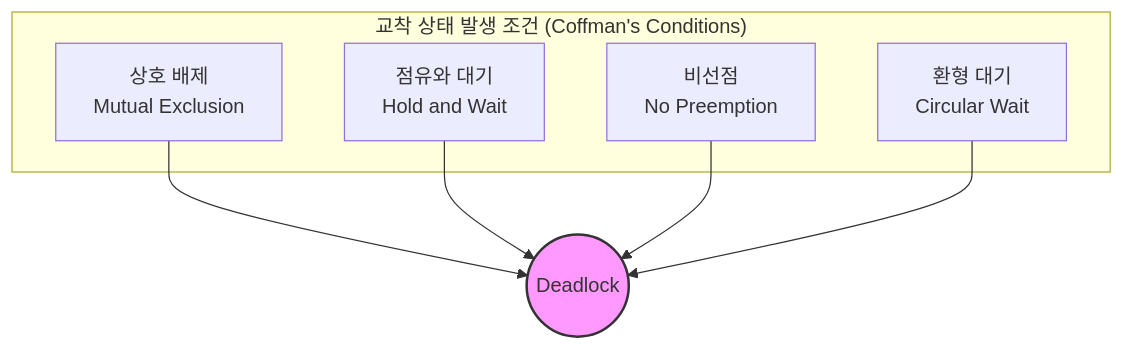
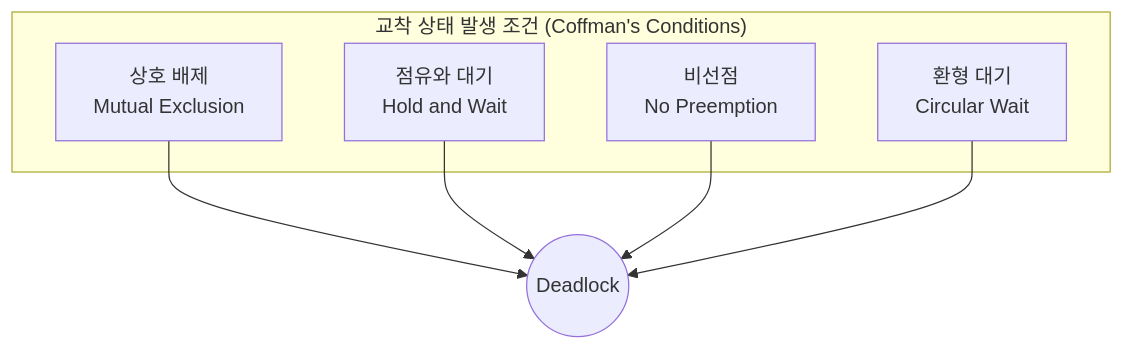
The diagram in docs/1-cs-전공-지식/1-1-운영체제/deadlock.md (harimkang/ai-engineer-guide), drawn with Mermaid before and after one commit. The commit also changed 45 other files, not shown here.

````diff
--- a/docs/1-cs-전공-지식/1-1-운영체제/deadlock.md
+++ b/docs/1-cs-전공-지식/1-1-운영체제/deadlock.md
@@ -22,13 +22,11 @@
 ```mermaid
 graph TD;
     subgraph "교착 상태 발생 조건 (Coffman's Conditions)"
         A[상호 배제<br>Mutual Exclusion]
         B[점유와 대기<br>Hold and Wait]
         C[비선점<br>No Preemption]
         D[환형 대기<br>Circular Wait]
     end
 
     A & B & C & D --> E((Deadlock));
-
-    style E fill:#f9f,stroke:#333,stroke-width:2px
 ```
````
